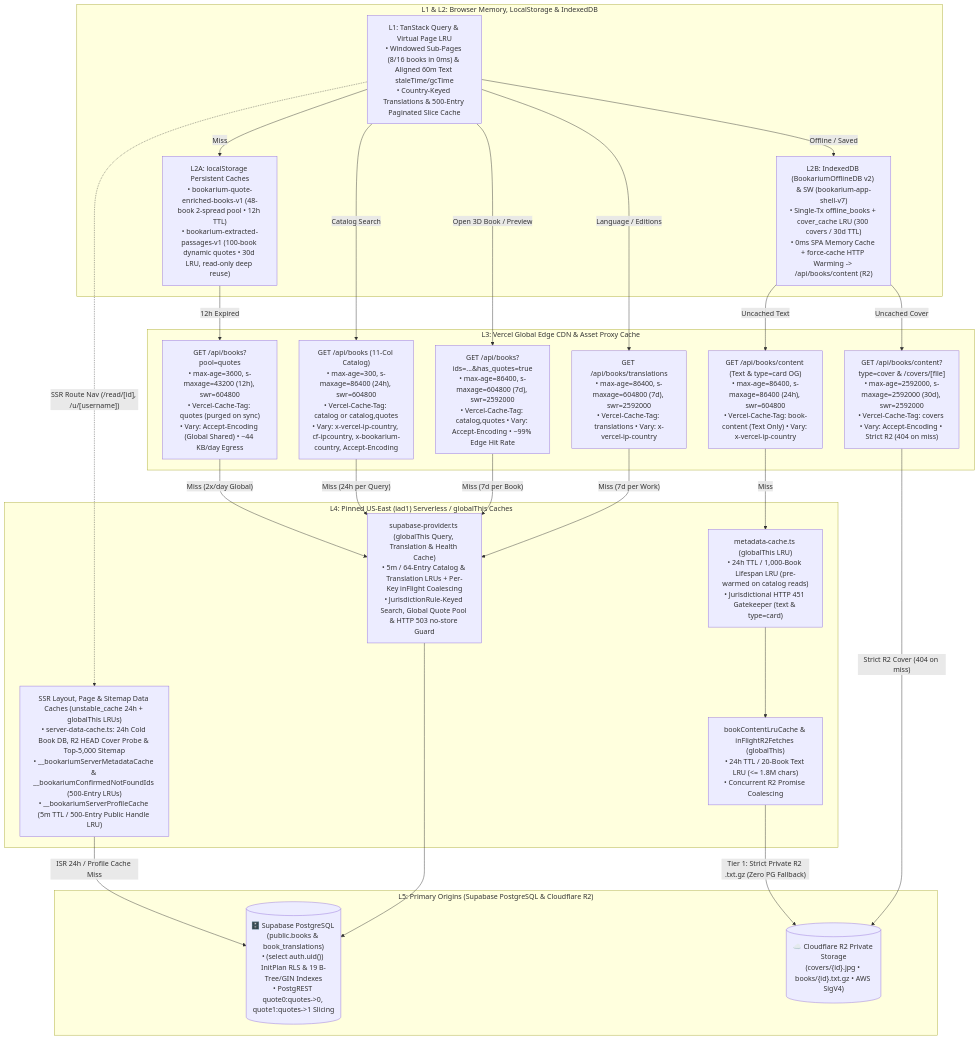
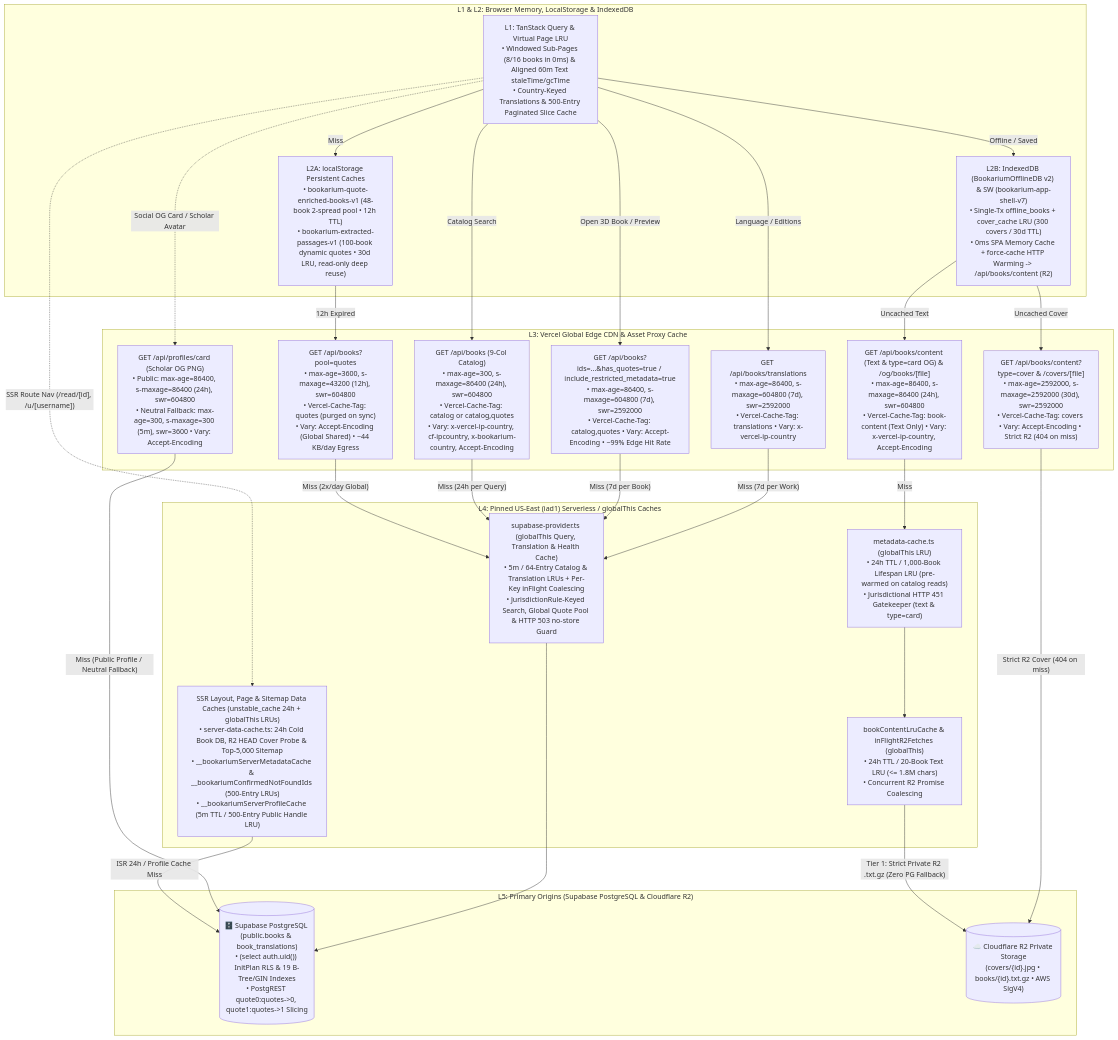
The fourth of 4 diagrams in docs/architecture/integrations-failure-and-ops.md (calin-m/Bookarium), drawn with Mermaid before and after one commit. The commit also changed other lines of this file and 63 other files, not shown here.

````diff
--- a/docs/architecture/integrations-failure-and-ops.md
+++ b/docs/architecture/integrations-failure-and-ops.md
@@ -207,49 +207,52 @@
 ```mermaid
 flowchart TD
     subgraph L1_L2_Client ["L1 & L2: Browser Memory, LocalStorage & IndexedDB"]
         L1Query["L1: TanStack Query & Virtual Page LRU\n• Windowed Sub-Pages (8/16 books in 0ms) & Aligned 60m Text staleTime/gcTime\n• Country-Keyed Translations & 500-Entry Paginated Slice Cache"]
         L2Local["L2A: localStorage Persistent Caches\n• bookarium-quote-enriched-books-v1 (48-book 2-spread pool • 12h TTL)\n• bookarium-extracted-passages-v1 (100-book dynamic quotes • 30d LRU, read-only deep reuse)"]
         L2IDB["L2B: IndexedDB (BookariumOfflineDB v2) & SW (bookarium-app-shell-v7)\n• Single-Tx offline_books + cover_cache LRU (300 covers / 30d TTL)\n• 0ms SPA Memory Cache + force-cache HTTP Warming -> /api/books/content (R2)"]
     end
 
     subgraph L3_VercelEdge ["L3: Vercel Global Edge CDN & Asset Proxy Cache"]
         EdgeQuotePool["GET /api/books?pool=quotes\n• max-age=3600, s-maxage=43200 (12h), swr=604800\n• Vercel-Cache-Tag: quotes (purged on sync)\n• Vary: Accept-Encoding (Global Shared) • ~44 KB/day Egress"]
-        EdgeCatalog["GET /api/books (11-Col Catalog)\n• max-age=300, s-maxage=86400 (24h), swr=604800\n• Vercel-Cache-Tag: catalog or catalog,quotes\n• Vary: x-vercel-ip-country, cf-ipcountry, x-bookarium-country, Accept-Encoding"]
-        EdgeDeepQuotes["GET /api/books?ids=...&has_quotes=true\n• max-age=86400, s-maxage=604800 (7d), swr=2592000\n• Vercel-Cache-Tag: catalog,quotes • Vary: Accept-Encoding • ~99% Edge Hit Rate"]
+        EdgeCatalog["GET /api/books (9-Col Catalog)\n• max-age=300, s-maxage=86400 (24h), swr=604800\n• Vercel-Cache-Tag: catalog or catalog,quotes\n• Vary: x-vercel-ip-country, cf-ipcountry, x-bookarium-country, Accept-Encoding"]
+        EdgeDeepQuotes["GET /api/books?ids=...&has_quotes=true / include_restricted_metadata=true\n• max-age=86400, s-maxage=604800 (7d), swr=2592000\n• Vercel-Cache-Tag: catalog,quotes • Vary: Accept-Encoding • ~99% Edge Hit Rate"]
         EdgeTranslations["GET /api/books/translations\n• max-age=86400, s-maxage=604800 (7d), swr=2592000\n• Vercel-Cache-Tag: translations • Vary: x-vercel-ip-country"]
-        EdgeTextCard["GET /api/books/content (Text & type=card OG)\n• max-age=86400, s-maxage=86400 (24h), swr=604800\n• Vercel-Cache-Tag: book-content (Text Only) • Vary: x-vercel-ip-country"]
+        EdgeTextCard["GET /api/books/content (Text & type=card OG) & /og/books/[file]\n• max-age=86400, s-maxage=86400 (24h), swr=604800\n• Vercel-Cache-Tag: book-content (Text Only) • Vary: x-vercel-ip-country, Accept-Encoding"]
         EdgeCoverProxy["GET /api/books/content?type=cover & /covers/[file]\n• max-age=2592000, s-maxage=2592000 (30d), swr=2592000\n• Vercel-Cache-Tag: covers • Vary: Accept-Encoding • Strict R2 (404 on miss)"]
+        EdgeProfileCard["GET /api/profiles/card (Scholar OG PNG)\n• Public: max-age=86400, s-maxage=86400 (24h), swr=604800\n• Neutral Fallback: max-age=300, s-maxage=300 (5m), swr=3600 • Vary: Accept-Encoding"]
     end
 
     subgraph L4_Serverless ["L4: Pinned US-East (iad1) Serverless / globalThis Caches"]
         MetaLRU["metadata-cache.ts (globalThis LRU)\n• 24h TTL / 1,000-Book Lifespan LRU (pre-warmed on catalog reads)\n• Jurisdictional HTTP 451 Gatekeeper (text & type=card)"]
         TextLRU["bookContentLruCache & inFlightR2Fetches (globalThis)\n• 24h TTL / 20-Book Text LRU (<= 1.8M chars)\n• Concurrent R2 Promise Coalescing"]
         HealthCache["supabase-provider.ts (globalThis Query, Translation & Health Cache)\n• 5m / 64-Entry Catalog & Translation LRUs + Per-Key inFlight Coalescing\n• JurisdictionRule-Keyed Search, Global Quote Pool & HTTP 503 no-store Guard"]
         SsrRouteCaches["SSR Layout, Page & Sitemap Data Caches (unstable_cache 24h + globalThis LRUs)\n• server-data-cache.ts: 24h Cold Book DB, R2 HEAD Cover Probe & Top-5,000 Sitemap\n• __bookariumServerMetadataCache & __bookariumConfirmedNotFoundIds (500-Entry LRUs)\n• __bookariumServerProfileCache (5m TTL / 500-Entry Public Handle LRU)"]
     end
 
     subgraph L5_Origins ["L5: Primary Origins (Supabase PostgreSQL & Cloudflare R2)"]
         SupaOrigin[("🗄️ Supabase PostgreSQL (public.books & book_translations)\n• (select auth.uid()) InitPlan RLS & 19 B-Tree/GIN Indexes\n• PostgREST quote0:quotes->0, quote1:quotes->1 Slicing")]
         R2Origin[("☁️ Cloudflare R2 Private Storage\n(covers/{id}.jpg • books/{id}.txt.gz • AWS SigV4)")]
     end
 
     L1Query -->|"Miss"| L2Local
     L1Query -->|"Offline / Saved"| L2IDB
     L2Local -->|"12h Expired"| EdgeQuotePool
     L1Query -->|"Catalog Search"| EdgeCatalog
     L1Query -->|"Open 3D Book / Preview"| EdgeDeepQuotes
     L1Query -->|"Language / Editions"| EdgeTranslations
     L1Query -.->|"SSR Route Nav (/read/[id], /u/[username])"| SsrRouteCaches
     SsrRouteCaches -->|"ISR 24h / Profile Cache Miss"| SupaOrigin
+    L1Query -.->|"Social OG Card / Scholar Avatar"| EdgeProfileCard
+    EdgeProfileCard -->|"Miss (Public Profile / Neutral Fallback)"| SupaOrigin
     L2IDB -->|"Uncached Text"| EdgeTextCard
     L2IDB -->|"Uncached Cover"| EdgeCoverProxy
     EdgeQuotePool -->|"Miss (2x/day Global)"| HealthCache
     EdgeCatalog -->|"Miss (24h per Query)"| HealthCache
     EdgeDeepQuotes -->|"Miss (7d per Book)"| HealthCache
     EdgeTranslations -->|"Miss (7d per Work)"| HealthCache
     HealthCache --> SupaOrigin
     EdgeTextCard -->|"Miss"| MetaLRU
     MetaLRU --> TextLRU
     TextLRU -->|"Tier 1: Strict Private R2 .txt.gz (Zero PG Fallback)"| R2Origin
     EdgeCoverProxy -->|"Strict R2 Cover (404 on miss)"| R2Origin
 ```
````
